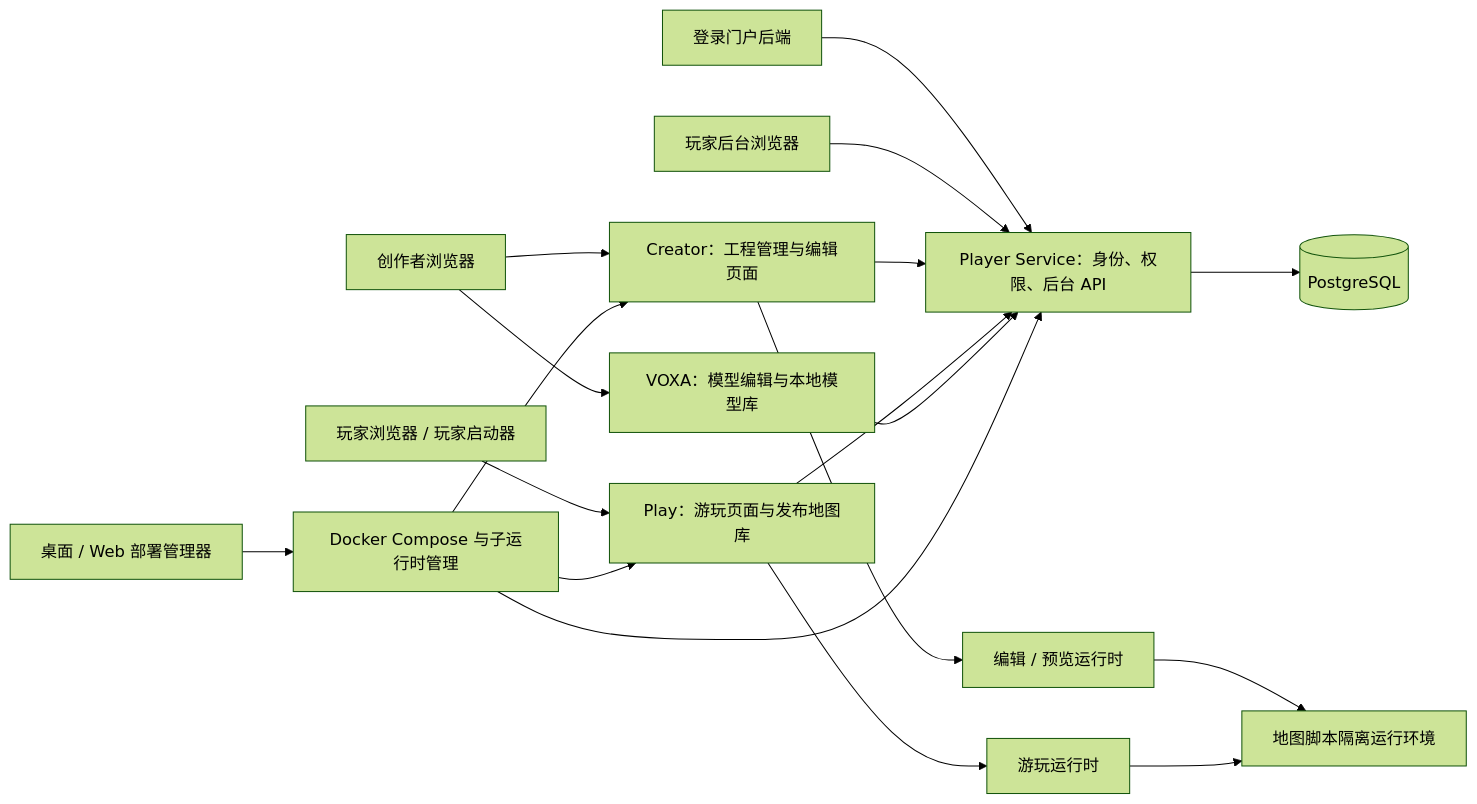
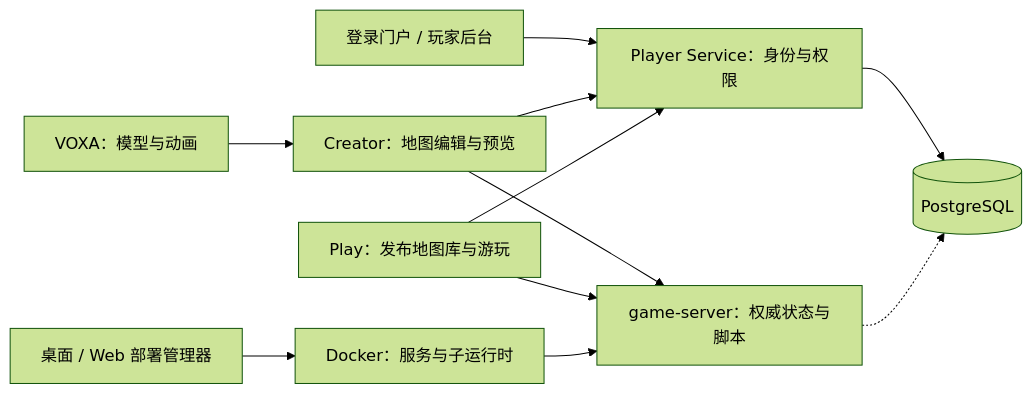
Before and after one commit to NickLiu2233/box3-local-engine: the diagram in docs/architecture.md, drawn with Mermaid (forest theme). The commit also changed other lines of this file and 40 other files, not shown here.

First line of the commit message:
Simplify CONTRIBUTING.md to streamline development workflow with concise Fork/branch/PR instructions, reduce README server installation details to reference server guide, and condense deployment-manager/game/engine documentation to focus on essential structure/responsibilities/verification steps

````diff
--- a/docs/architecture.md
+++ b/docs/architecture.md
@@ -9,20 +7,13 @@
 ```mermaid
 flowchart LR
-    Author[创作者浏览器] --> Creator[Creator：工程管理与编辑页面]
-    Author --> Voxa[VOXA：模型编辑与本地模型库]
-    Player[玩家浏览器 / 玩家启动器] --> Play[Play：游玩页面与发布地图库]
-    Login[登录门户后端] --> Identity[Player Service：身份、权限、后台 API]
-    Admin[玩家后台浏览器] --> Identity
+    Creator["Creator：地图编辑与预览"] --> Runtime["game-server：权威状态与脚本"]
+    Play["Play：发布地图库与游玩"] --> Runtime
+    Voxa["VOXA：模型与动画"] --> Creator
+    Portal["登录门户 / 玩家后台"] --> Identity["Player Service：身份与权限"]
     Creator --> Identity
     Play --> Identity
-    Voxa --> Identity
-    Identity --> PG[(PostgreSQL)]
-    Creator --> Edit[编辑 / 预览运行时]
-    Play --> Runtime[游玩运行时]
-    Edit --> Script[地图脚本隔离运行环境]
-    Runtime --> Script
-    Manager[桌面 / Web 部署管理器] --> Docker[Docker Compose 与子运行时管理]
-    Docker --> Creator
-    Docker --> Play
-    Docker --> Identity
+    Identity --> PG[("PostgreSQL")]
+    Runtime -.-> PG
+    Manager["桌面 / Web 部署管理器"] --> Docker["Docker：服务与子运行时"]
+    Docker --> Runtime
 ```
````
